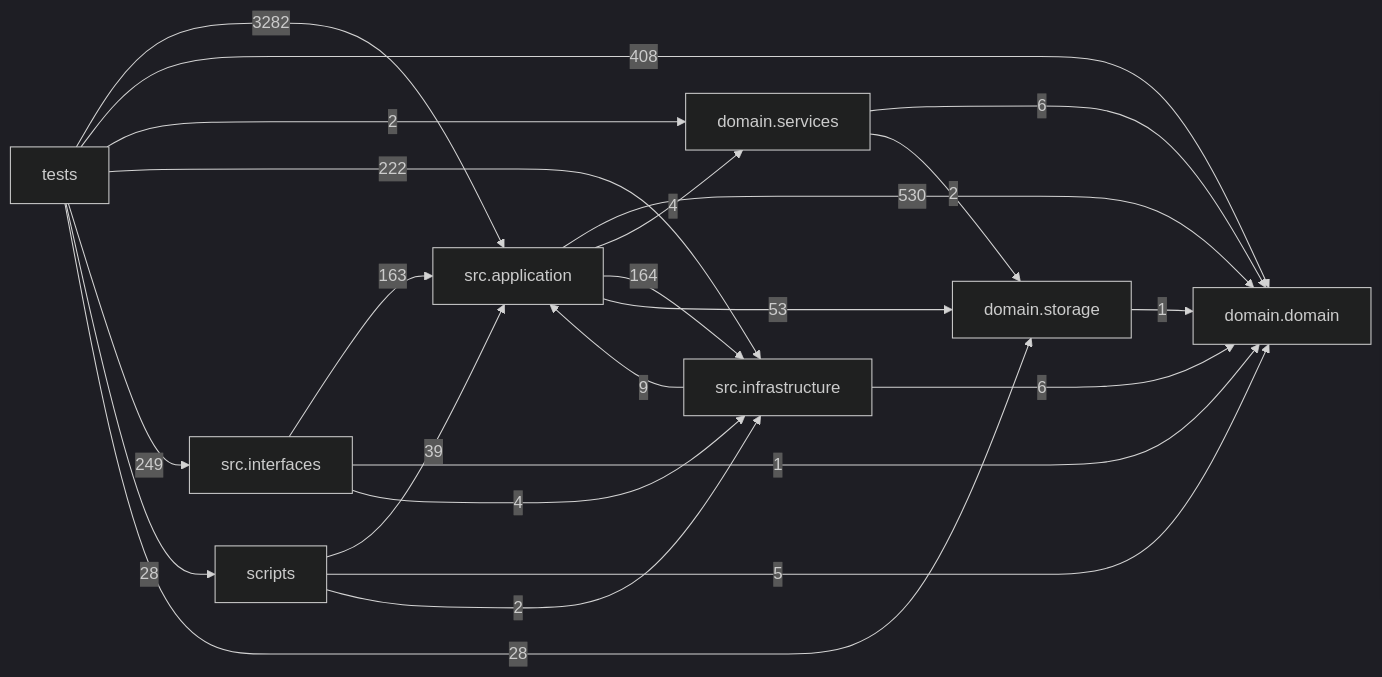
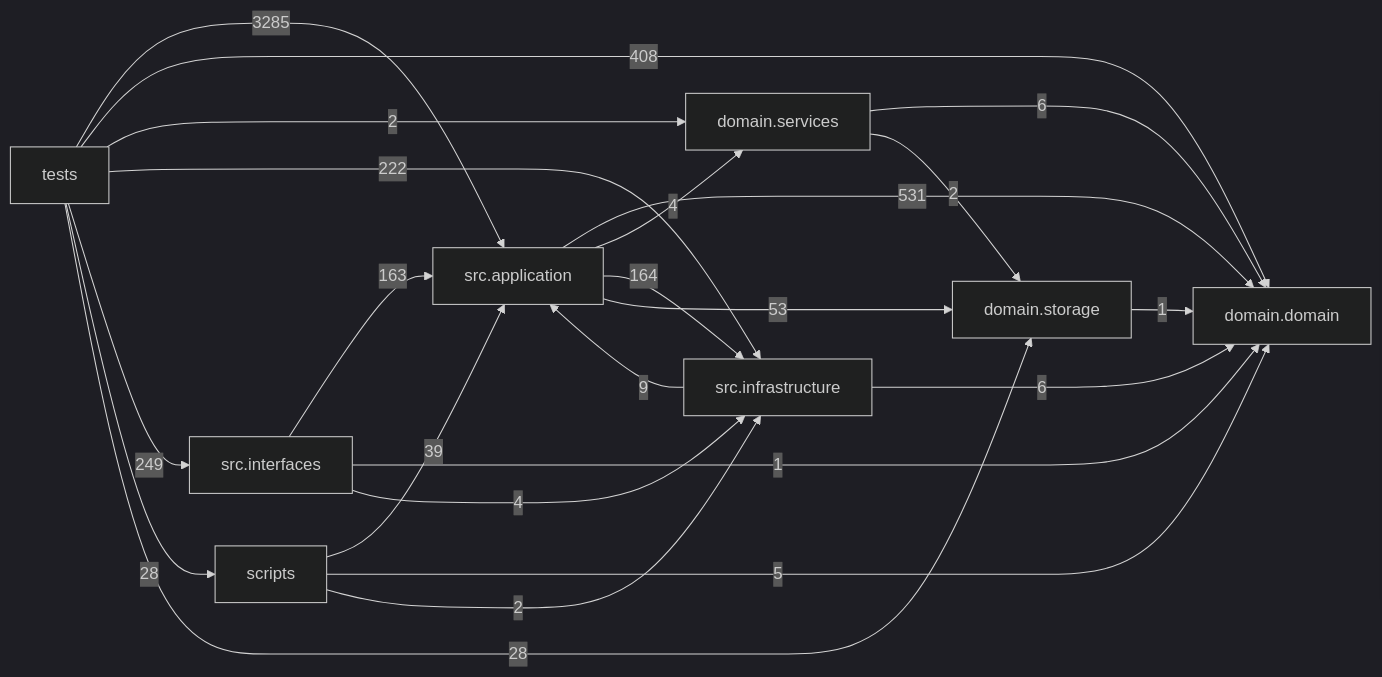
The diagram in docs/DEPENDENCY_GRAPH.md (liuxie066/options-monitor), drawn with Mermaid (dark theme) before and after one commit. The commit also changed other lines of this file and 7 other files, not shown here.

````diff
--- a/docs/DEPENDENCY_GRAPH.md
+++ b/docs/DEPENDENCY_GRAPH.md
@@ -24,33 +24,33 @@
 ```mermaid
 flowchart LR
   tests["tests"]
   scripts["scripts"]
   interfaces["src.interfaces"]
   application["src.application"]
   infrastructure["src.infrastructure"]
   domain_services["domain.services"]
   domain["domain.domain"]
   storage["domain.storage"]
-  application -->|530| domain
+  application -->|531| domain
   application -->|4| domain_services
   application -->|164| infrastructure
   application -->|53| storage
   domain_services -->|6| domain
   domain_services -->|2| storage
   infrastructure -->|9| application
   infrastructure -->|6| domain
   interfaces -->|163| application
   interfaces -->|1| domain
   interfaces -->|4| infrastructure
   scripts -->|39| application
   scripts -->|5| domain
   scripts -->|2| infrastructure
   storage -->|1| domain
-  tests -->|3282| application
+  tests -->|3285| application
   tests -->|408| domain
   tests -->|2| domain_services
   tests -->|222| infrastructure
   tests -->|249| interfaces
   tests -->|28| scripts
   tests -->|28| storage
 ```
````
